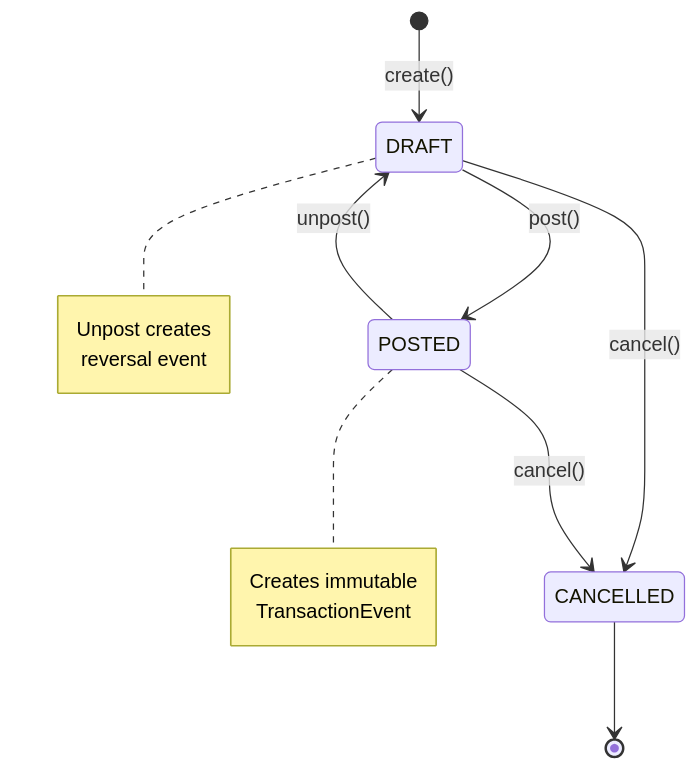
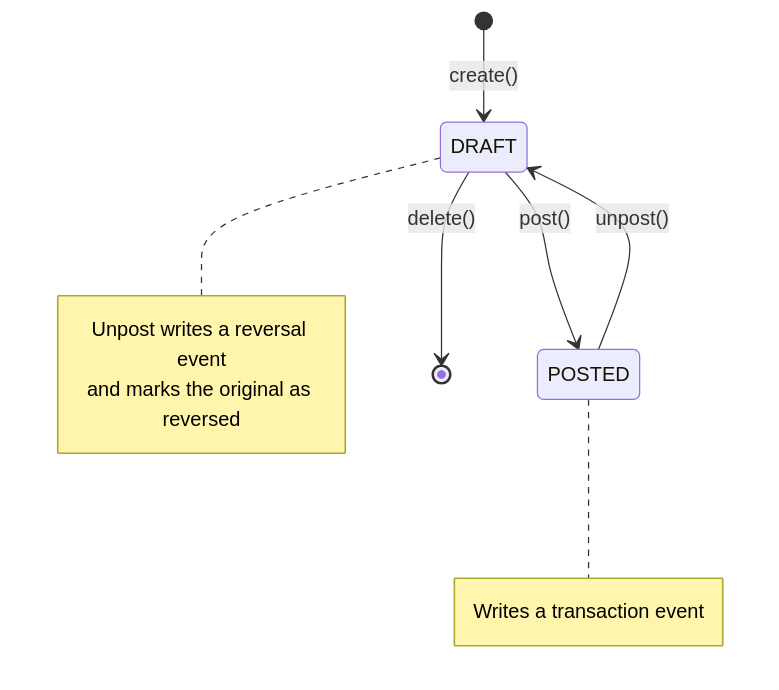
Before and after one commit to TarasAntoniuk/finance: the diagram in docs/ARCHITECTURE.md, drawn with Mermaid. The commit also changed other lines of this file and 10 other files, not shown here.

Commit message:
docs: align architecture, README, changelog, roadmap and docker docs with the code

````diff
--- a/docs/ARCHITECTURE.md
+++ b/docs/ARCHITECTURE.md
@@ -274,19 +265,16 @@
 ```mermaid
 stateDiagram-v2
     [*] --> DRAFT: create()
     DRAFT --> POSTED: post()
     POSTED --> DRAFT: unpost()
-    DRAFT --> CANCELLED: cancel()
-    POSTED --> CANCELLED: cancel()
-    CANCELLED --> [*]
+    DRAFT --> [*]: delete()
 
     note right of POSTED
-        Creates immutable
-        TransactionEvent
+        Writes a transaction event
     end note
 
     note right of DRAFT
-        Unpost creates
-        reversal event
+        Unpost writes a reversal event
+        and marks the original as reversed
     end note
 ```
````
